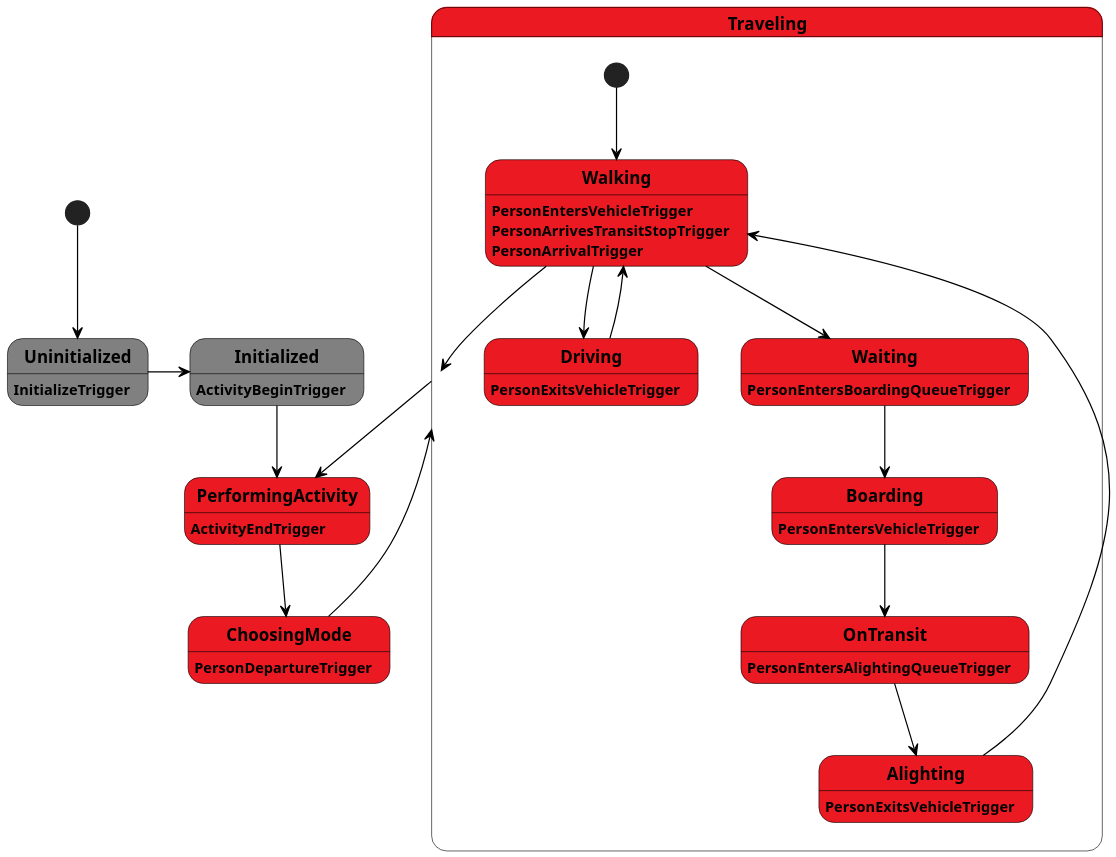
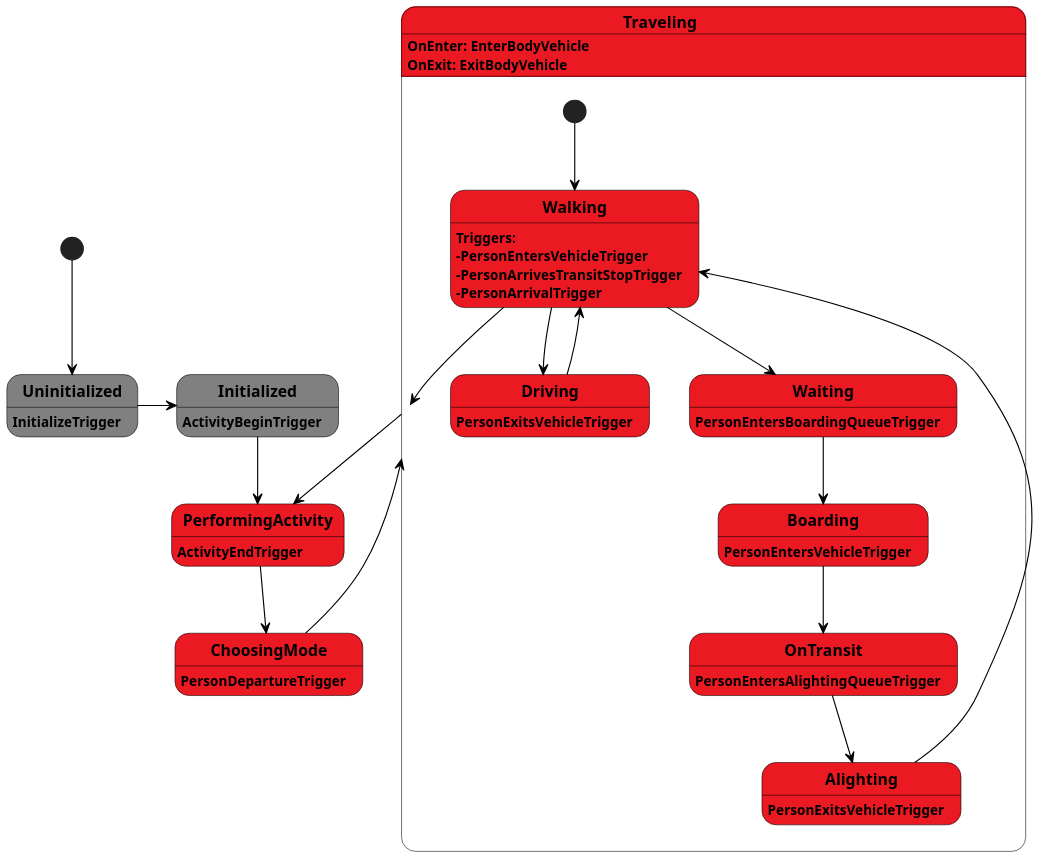
One commit to LBNL-UCB-STI/beam changed the diagram in docs/uml/personAgentFSM.puml. Above: the diagram before and after it, drawn with PlantUML.

Commit message:
make body entry and exit clear

```diff
--- a/docs/uml/personAgentFSM.puml
+++ b/docs/uml/personAgentFSM.puml
@@ -1,67 +1,72 @@
 @startuml
 scale 1300 height
 skinparam stateBorderColor #black
 skinparam stateFontStyle bold
 skinparam arrowColor #black
 
 ' BeamAgent: States '
 state Uninitialized #grey
 Uninitialized: InitializeTrigger
 
 state Initialized #grey
 Initialized: ActivityBeginTrigger
 
 'BeamAgent Transitions'
 [*] --> Uninitialized
 Uninitialized -> Initialized
 
 ''''''''''''''''''''''''''
 ' PersonAgent States'
 ''''''''''''''''''''''''''
 state PerformingActivity #eb1921
 PerformingActivity: ActivityEndTrigger
 
 state ChoosingMode #eb1921
 ChoosingMode: PersonDepartureTrigger
 
 state Traveling #eb1921{
+    Traveling: OnEnter: EnterBodyVehicle
+    Traveling: OnExit: ExitBodyVehicle
+
     state Walking #eb1921{
-        Walking: PersonEntersVehicleTrigger
-        Walking: PersonArrivesTransitStopTrigger
-        Walking: PersonArrivalTrigger
+        Walking: Triggers:
+        Walking: -PersonEntersVehicleTrigger
+        Walking: -PersonArrivesTransitStopTrigger
+        Walking: -PersonArrivalTrigger
     }
     state Driving #eb1921{
         Driving: PersonExitsVehicleTrigger
     }
     state Waiting #eb1921{
         Waiting: PersonEntersBoardingQueueTrigger
     }
     state Boarding #eb1921{
         Boarding: PersonEntersVehicleTrigger
     }
     state OnTransit #eb1921{
         OnTransit: PersonEntersAlightingQueueTrigger
     }
     state Alighting #eb1921{
         Alighting: PersonExitsVehicleTrigger
     }
-  [*] --> Walking
-  Walking --> Driving
-  Walking --> Waiting
-  Waiting --> Boarding
-  Boarding --> OnTransit
-  OnTransit --> Alighting
-  Alighting --> Walking
-  Driving --> Walking
+
+    [*] --> Walking
+    Walking --> Driving
+    Walking --> Waiting
+    Waiting --> Boarding
+    Boarding --> OnTransit
+    OnTransit --> Alighting
+    Alighting --> Walking
+    Driving --> Walking
 }
 
 ''''''''''''''''''''''''''
 ' PersonAgent Transitions'
 ''''''''''''''''''''''''''
 Initialized --> PerformingActivity
 PerformingActivity --> ChoosingMode
 Traveling --> PerformingActivity
 ChoosingMode --> Traveling
 Walking --> Traveling
 
 @enduml
```
